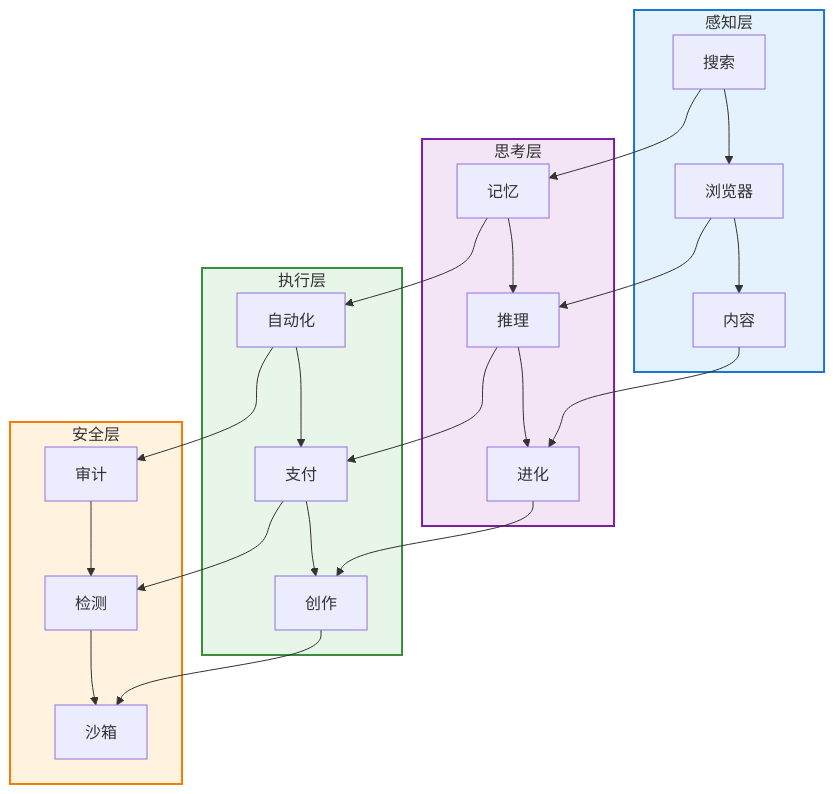
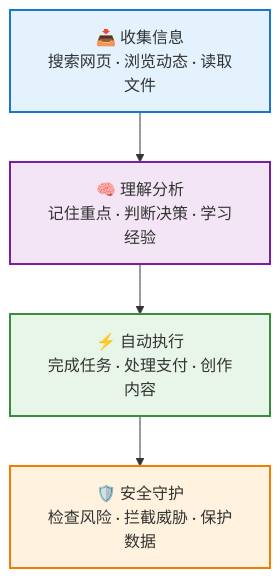
Before and after one commit to weininghui/skills: the diagram in README.md, drawn with Mermaid. The commit also changed other lines of this file, not shown here.

Commit message:
feat: simplify diagrams for non-technical audience - plain language mermaid + easy tables

````diff
--- a/README.md
+++ b/README.md
@@ -69,33 +69,11 @@
 ```mermaid
 graph TB
-    subgraph Perception["感知层"]
-        A1["搜索"] --> A2["浏览器"] --> A3["内容"]
-    end
+    A["📥 收集信息<br/>搜索网页 · 浏览动态 · 读取文件"] --> B["🧠 理解分析<br/>记住重点 · 判断决策 · 学习经验"]
+    B --> C["⚡ 自动执行<br/>完成任务 · 处理支付 · 创作内容"]
+    C --> D["🛡️ 安全守护<br/>检查风险 · 拦截威胁 · 保护数据"]
 
-    subgraph Cognition["思考层"]
-        B1["记忆"] --> B2["推理"] --> B3["进化"]
-    end
-
-    subgraph Action["执行层"]
-        C1["自动化"] --> C2["支付"] --> C3["创作"]
-    end
-
-    subgraph Security["安全层"]
-        D1["审计"] --> D2["检测"] --> D3["沙箱"]
-    end
-
-    A1 --> B1
-    A2 --> B2
-    A3 --> B3
-    B1 --> C1
-    B2 --> C2
-    B3 --> C3
-    C1 --> D1
-    C2 --> D2
-    C3 --> D3
-
-    style Perception fill:#E3F2FD,stroke:#1976D2,stroke-width:2px
-    style Cognition fill:#F3E5F5,stroke:#7B1FA2,stroke-width:2px
-    style Action fill:#E8F5E9,stroke:#388E3C,stroke-width:2px
-    style Security fill:#FFF3E0,stroke:#F57C00,stroke-width:2px
+    style A fill:#E3F2FD,stroke:#1976D2,stroke-width:2px
+    style B fill:#F3E5F5,stroke:#7B1FA2,stroke-width:2px
+    style C fill:#E8F5E9,stroke:#388E3C,stroke-width:2px
+    style D fill:#FFF3E0,stroke:#F57C00,stroke-width:2px
 ```
````
